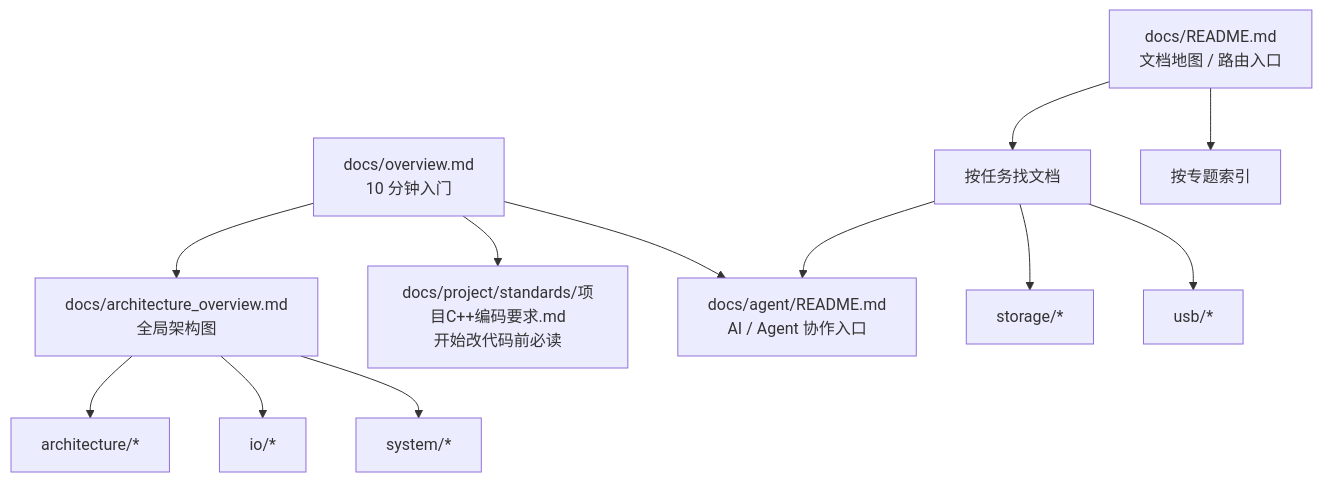
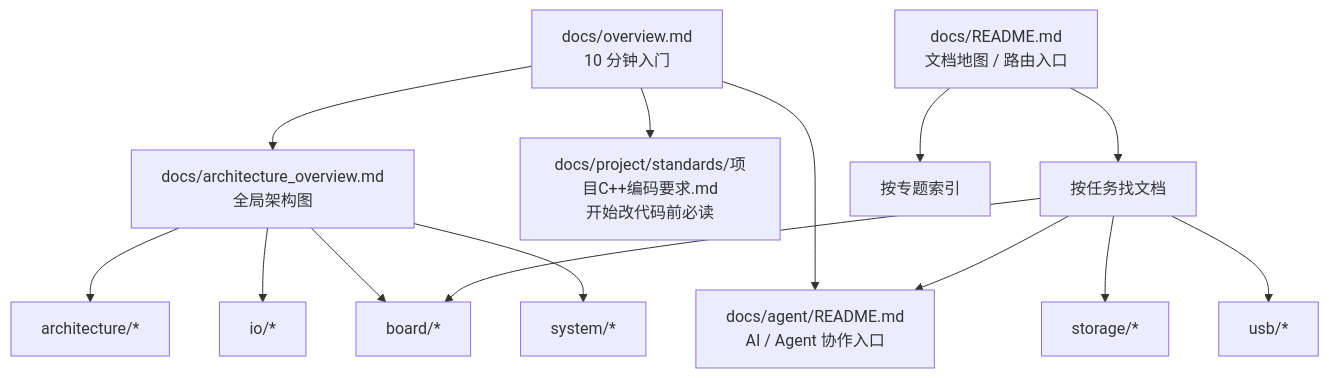
One commit to Little-Red-Cap/Charm-os changed the diagram in docs/README.md. Above: the diagram before and after it, drawn with Mermaid. The commit also changed other lines of this file and 6 other files, not shown here.

````diff
--- a/docs/README.md
+++ b/docs/README.md
@@ -31,17 +34,19 @@
 ```mermaid
 flowchart TD
     A["docs/overview.md<br/>10 分钟入门"] --> B["docs/architecture_overview.md<br/>全局架构图"]
     A --> C["docs/project/standards/项目C++编码要求.md<br/>开始改代码前必读"]
     A --> D["docs/agent/README.md<br/>AI / Agent 协作入口"]
 
     E["docs/README.md<br/>文档地图 / 路由入口"] --> F["按任务找文档"]
     E --> G["按专题索引"]
 
     B --> H["architecture/*"]
     B --> I["io/*"]
+    B --> M["board/*"]
     B --> J["system/*"]
 
     F --> K["storage/*"]
     F --> L["usb/*"]
+    F --> M
     F --> D
 ```
````
